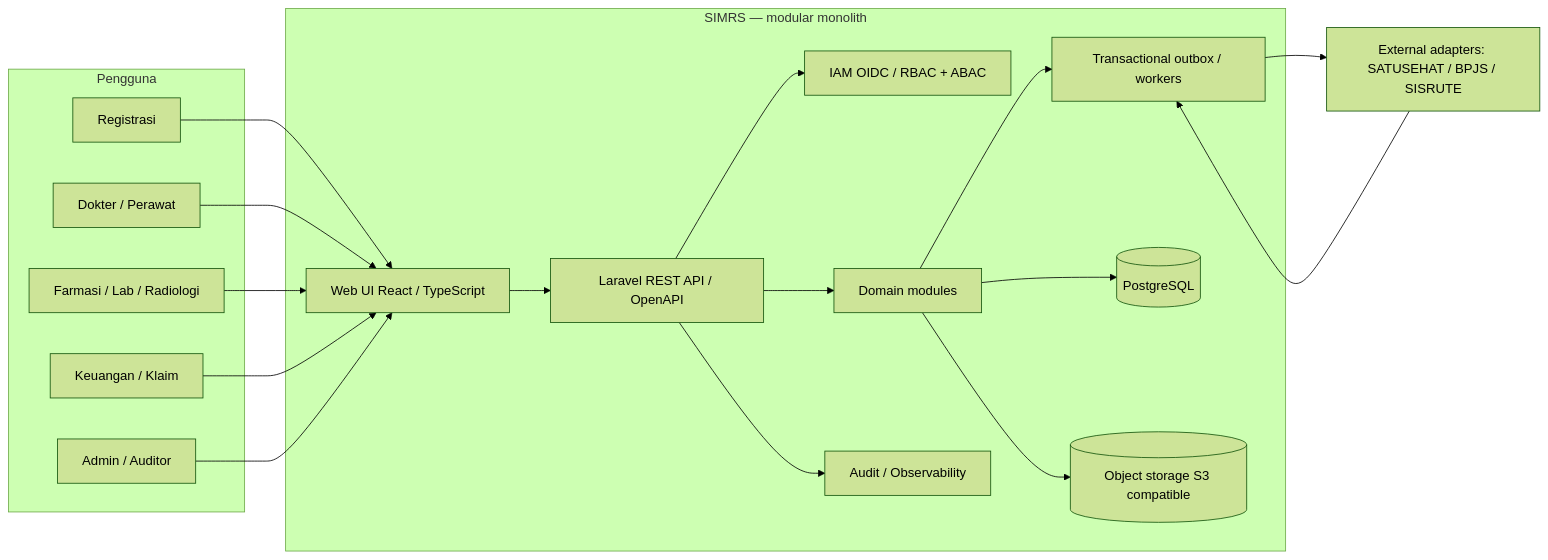
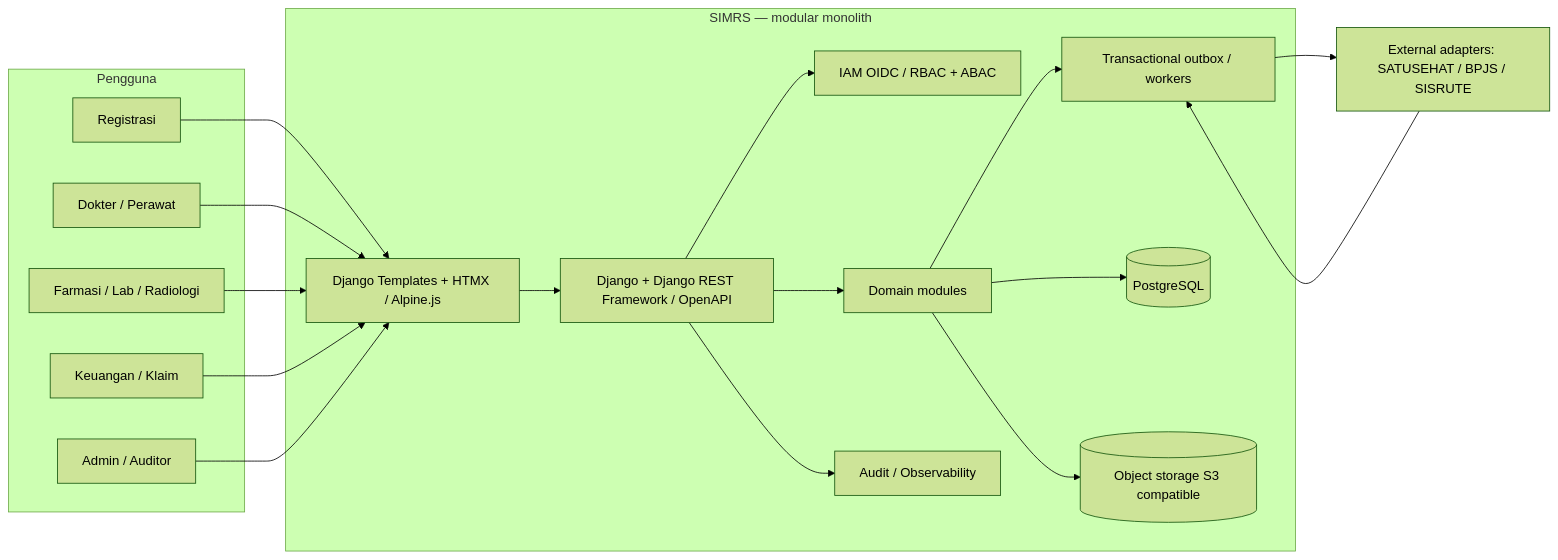
The third of 3 diagrams in docs/FASE_0_SIMRS_BLUEPRINT.md (muhharis99/AsistenDiagnosis), drawn with Mermaid (forest theme) before and after one commit. The commit also changed other lines of this file, not shown here.

Commit message:
docs(simrs): correct C4 and ADR stack references

````diff
--- a/docs/FASE_0_SIMRS_BLUEPRINT.md
+++ b/docs/FASE_0_SIMRS_BLUEPRINT.md
@@ -217,35 +217,35 @@
 ```mermaid
 flowchart LR
   subgraph Actors["Pengguna"]
     REG[Registrasi]
     CLN[Dokter / Perawat]
     PH[Farmasi / Lab / Radiologi]
     FIN[Keuangan / Klaim]
     OPS[Admin / Auditor]
   end
   subgraph Platform["SIMRS — modular monolith"]
-    WEB[Web UI React / TypeScript]
-    API[Laravel REST API / OpenAPI]
+    WEB[Django Templates + HTMX / Alpine.js]
+    API[Django + Django REST Framework / OpenAPI]
     IAM[IAM OIDC / RBAC + ABAC]
     DOM[Domain modules]
     AUD[Audit / Observability]
     OUT[Transactional outbox / workers]
     DB[(PostgreSQL)]
     OBJ[(Object storage S3 compatible)]
   end
   EXT[External adapters: SATUSEHAT / BPJS / SISRUTE]
   REG --> WEB
   CLN --> WEB
   PH --> WEB
   FIN --> WEB
   OPS --> WEB
   WEB --> API
   API --> IAM
   API --> DOM
   DOM --> DB
   DOM --> OBJ
   API --> AUD
   DOM --> OUT
   OUT --> EXT
   EXT --> OUT
 ```
````
